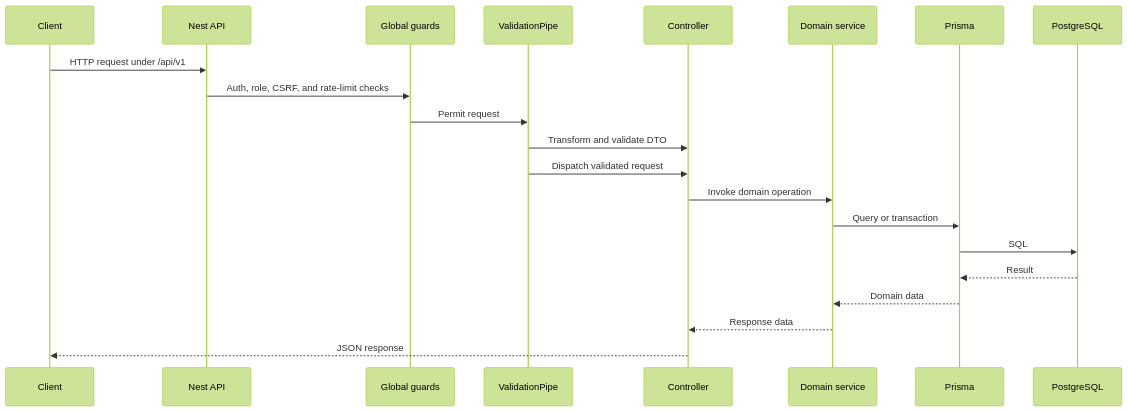
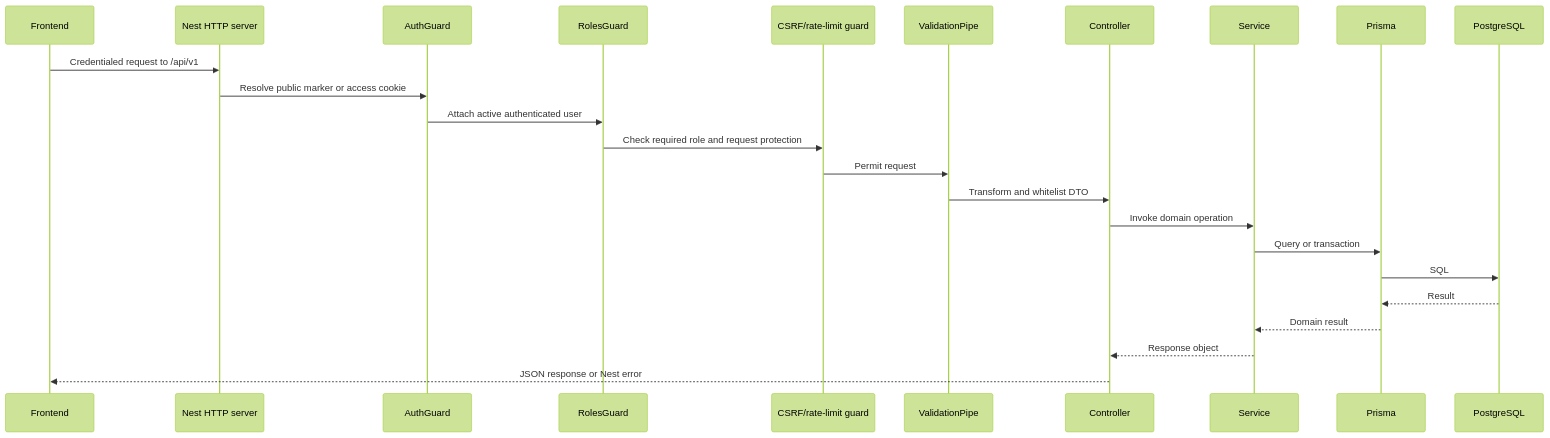
The second of 6 diagrams in backend/README.md (YounasKhan2/rolebrief), drawn with Mermaid (forest theme) before and after one commit. The commit also changed other lines of this file and 1 other file, not shown here.

````diff
--- a/backend/README.md
+++ b/backend/README.md
@@ -69,23 +129,26 @@
 ```mermaid
 sequenceDiagram
-    participant C as Client
-    participant N as Nest API
-    participant G as Global guards
+    participant F as Frontend
+    participant N as Nest HTTP server
+    participant A as AuthGuard
+    participant R as RolesGuard
+    participant C as CSRF/rate-limit guard
     participant V as ValidationPipe
     participant K as Controller
-    participant S as Domain service
+    participant S as Service
     participant P as Prisma
     participant D as PostgreSQL
-    C->>N: HTTP request under /api/v1
-    N->>G: Auth, role, CSRF, and rate-limit checks
-    G->>V: Permit request
-    V->>K: Transform and validate DTO
-    V->>K: Dispatch validated request
+    F->>N: Credentialed request to /api/v1
+    N->>A: Resolve public marker or access cookie
+    A->>R: Attach active authenticated user
+    R->>C: Check required role and request protection
+    C->>V: Permit request
+    V->>K: Transform and whitelist DTO
     K->>S: Invoke domain operation
     S->>P: Query or transaction
     P->>D: SQL
     D-->>P: Result
-    P-->>S: Domain data
-    S-->>K: Response data
-    K-->>C: JSON response
+    P-->>S: Domain result
+    S-->>K: Response object
+    K-->>F: JSON response or Nest error
 ```
````
